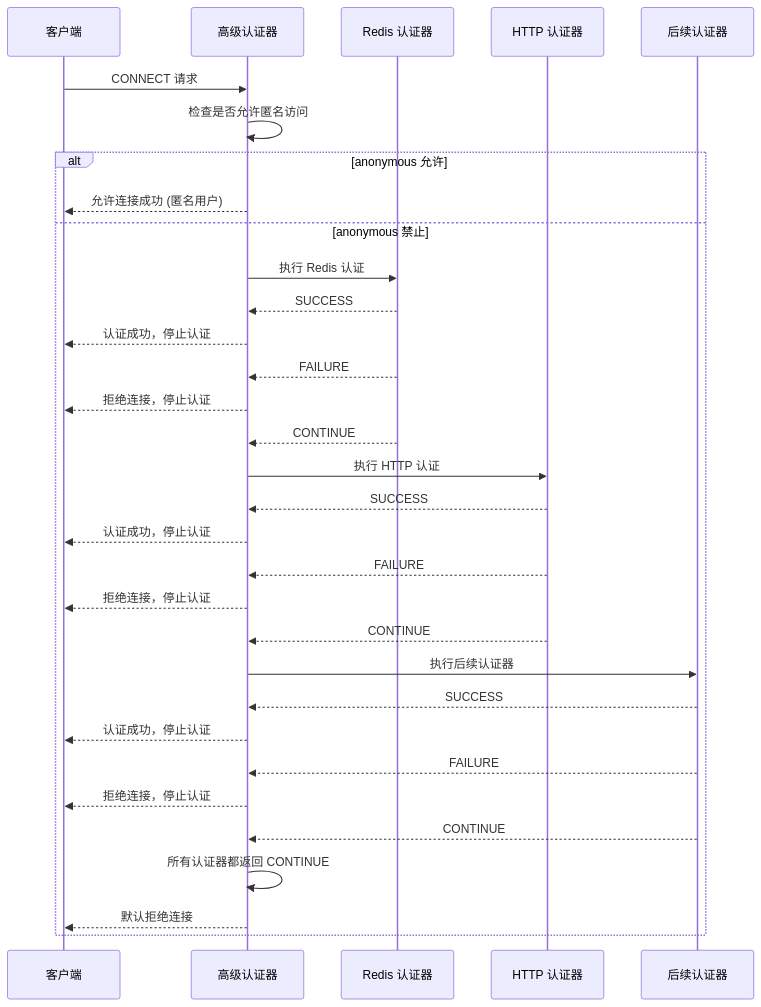
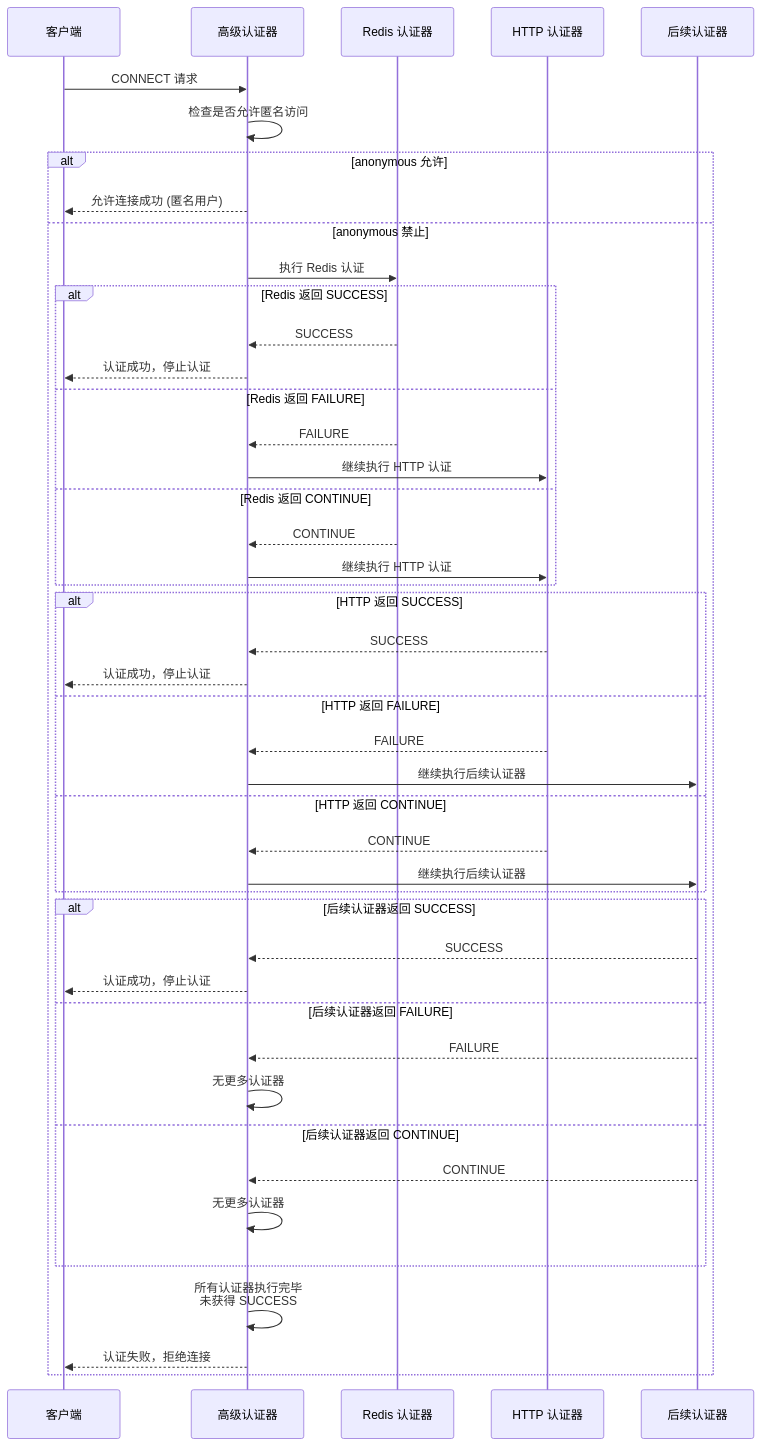
One commit to smartboot/smart-mqtt changed the diagram in plugins/advanced-auth-plugin/src/main/resources/readme.md. Above: the diagram before and after it, drawn with Mermaid. The commit also changed other lines of this file, not shown here.

Commit message:
docs(plugin): 更新高级认证插件文档
- 使用 mermaid 流程图语法重写认证流程说明
- 明确 SUCCESS、FAILURE、CONTINUE 三种认证结果的行为定义
- 添加详细的认证流程规则说明
- 更新 Redis 连接超时时间默认值从 20000ms 改为 2000ms

````diff
--- a/plugins/advanced-auth-plugin/src/main/resources/readme.md
+++ b/plugins/advanced-auth-plugin/src/main/resources/readme.md
@@ -23,42 +23,53 @@
 ```mermaid
 sequenceDiagram
     participant C as 客户端
     participant A as 高级认证器
     participant R as Redis 认证器
     participant H as HTTP 认证器
     participant S as 后续认证器
     
     C->>A: CONNECT 请求
     A->>A: 检查是否允许匿名访问
     
     alt anonymous 允许
         A-->>C: 允许连接成功 (匿名用户)
     else anonymous 禁止
         A->>R: 执行 Redis 认证
-        R-->>A: SUCCESS
-        A-->>C: 认证成功，停止认证
         
-        R-->>A: FAILURE
-        A-->>C: 拒绝连接，停止认证
+        alt Redis 返回 SUCCESS
+            R-->>A: SUCCESS
+            A-->>C: 认证成功，停止认证
+        else Redis 返回 FAILURE
+            R-->>A: FAILURE
+            A->>H: 继续执行 HTTP 认证
+        else Redis 返回 CONTINUE
+            R-->>A: CONTINUE
+            A->>H: 继续执行 HTTP 认证
+        end
         
-        R-->>A: CONTINUE
-        A->>H: 执行 HTTP 认证
-        H-->>A: SUCCESS
-        A-->>C: 认证成功，停止认证
+        alt HTTP 返回 SUCCESS
+            H-->>A: SUCCESS
+            A-->>C: 认证成功，停止认证
+        else HTTP 返回 FAILURE
+            H-->>A: FAILURE
+            A->>S: 继续执行后续认证器
+        else HTTP 返回 CONTINUE
+            H-->>A: CONTINUE
+            A->>S: 继续执行后续认证器
+        end
         
-        H-->>A: FAILURE
-        A-->>C: 拒绝连接，停止认证
+        alt 后续认证器返回 SUCCESS
+            S-->>A: SUCCESS
+            A-->>C: 认证成功，停止认证
+        else 后续认证器返回 FAILURE
+            S-->>A: FAILURE
+            A->>A: 无更多认证器
+        else 后续认证器返回 CONTINUE
+            S-->>A: CONTINUE
+            A->>A: 无更多认证器
+        end
         
-        H-->>A: CONTINUE
-        A->>S: 执行后续认证器
-        S-->>A: SUCCESS
-        A-->>C: 认证成功，停止认证
-        
-        S-->>A: FAILURE
-        A-->>C: 拒绝连接，停止认证
-        
-        S-->>A: CONTINUE
-        A->>A: 所有认证器都返回 CONTINUE
-        A-->>C: 默认拒绝连接
+        A->>A: 所有认证器执行完毕<br/>未获得 SUCCESS
+        A-->>C: 认证失败，拒绝连接
     end
 ```
````
